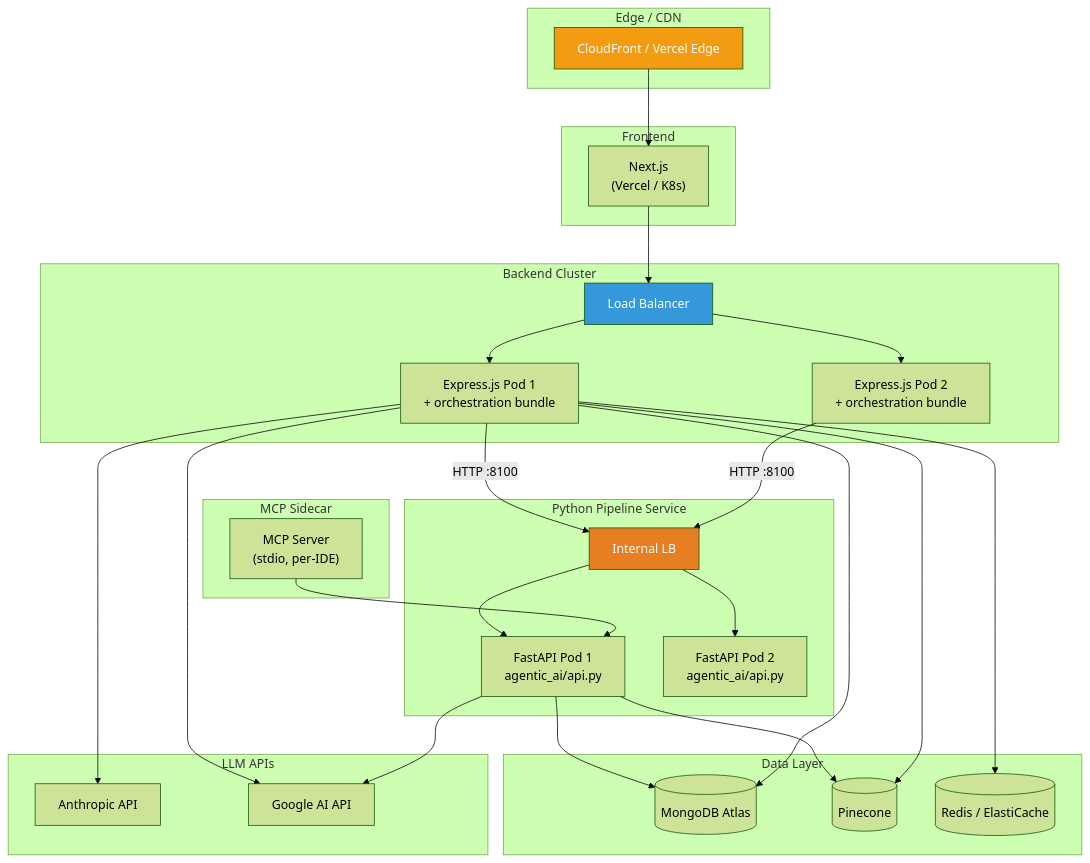
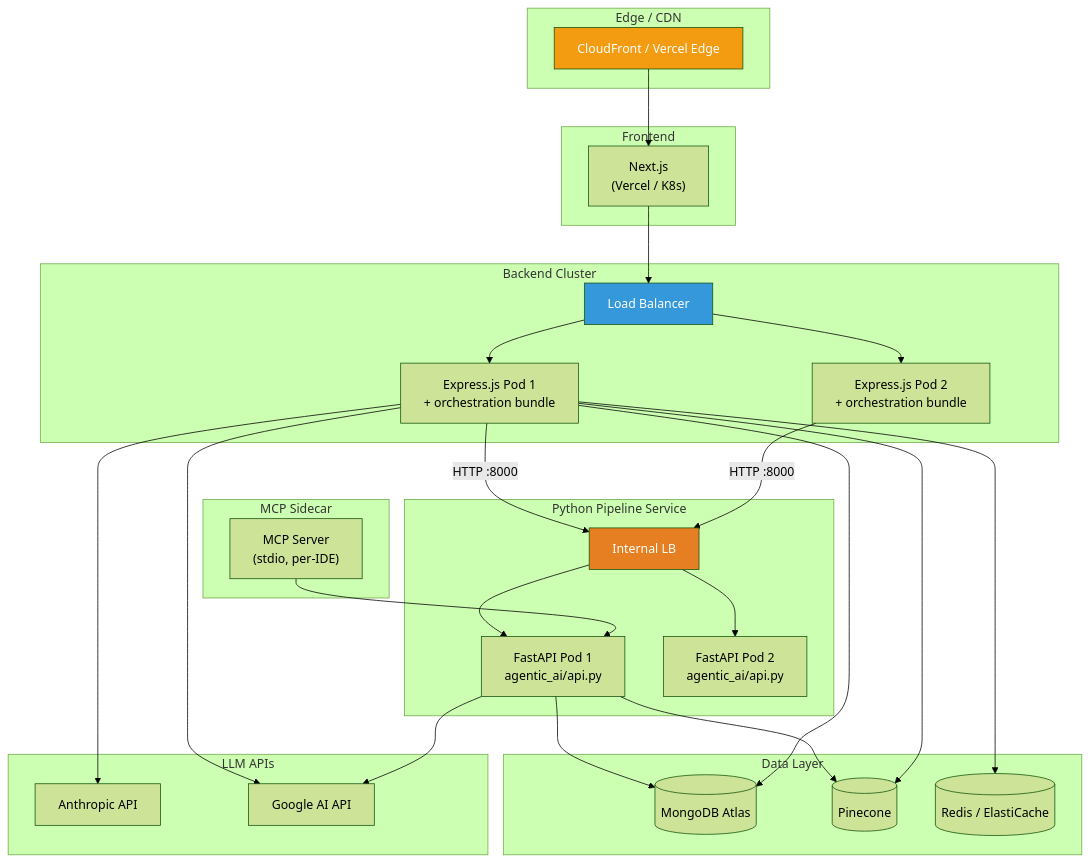
Diagram 19 of 20 in AI_ML.md (hoangsonww/AI-Gov-Content-Curator), drawn with Mermaid (forest theme) before and after one commit. The commit also changed other lines of this file and 55 other files, not shown here.

````diff
--- a/AI_ML.md
+++ b/AI_ML.md
@@ -1230,62 +1230,62 @@
 ```mermaid
 graph TB
     subgraph "Edge / CDN"
         CF["CloudFront / Vercel Edge"]
     end
 
     subgraph "Frontend"
         NEXT["Next.js<br/>(Vercel / K8s)"]
     end
 
     subgraph "Backend Cluster"
         LB["Load Balancer"]
         BE1["Express.js Pod 1<br/>+ orchestration bundle"]
         BE2["Express.js Pod 2<br/>+ orchestration bundle"]
     end
 
     subgraph "Python Pipeline Service"
         PY_LB["Internal LB"]
         PY1["FastAPI Pod 1<br/>agentic_ai/api.py"]
         PY2["FastAPI Pod 2<br/>agentic_ai/api.py"]
     end
 
     subgraph "MCP Sidecar"
         MCP1["MCP Server<br/>(stdio, per-IDE)"]
     end
 
     subgraph "Data Layer"
         MONGO[(MongoDB Atlas)]
         PINE[(Pinecone)]
         REDIS[(Redis / ElastiCache)]
     end
 
     subgraph "LLM APIs"
         ANTH["Anthropic API"]
         GOOG["Google AI API"]
     end
 
     CF --> NEXT
     NEXT --> LB
     LB --> BE1
     LB --> BE2
-    BE1 -->|"HTTP :8100"| PY_LB
-    BE2 -->|"HTTP :8100"| PY_LB
+    BE1 -->|"HTTP :8000"| PY_LB
+    BE2 -->|"HTTP :8000"| PY_LB
     PY_LB --> PY1
     PY_LB --> PY2
 
     BE1 --> ANTH
     BE1 --> GOOG
     PY1 --> GOOG
     PY1 --> MONGO
     PY1 --> PINE
 
     MCP1 --> PY1
 
     BE1 --> MONGO
     BE1 --> PINE
     BE1 --> REDIS
 
     style CF fill:#f39c12,color:#fff
     style LB fill:#3498db,color:#fff
     style PY_LB fill:#e67e22,color:#fff
 ```
````
